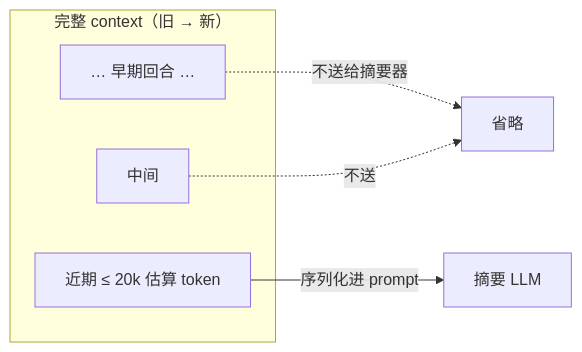
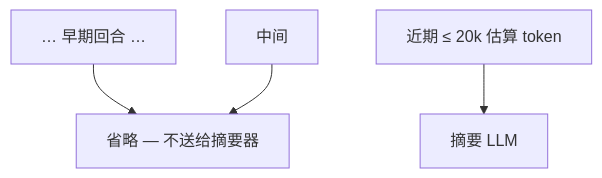
Before and after one commit to rust-infra/tact: the eighth of 15 diagrams in book/05_chapter_compact_zh.md, drawn with Mermaid. The commit also changed other lines of this file and 303 other files, not shown here.

````diff
--- a/book/05_chapter_compact_zh.md
+++ b/book/05_chapter_compact_zh.md
@@ -298,11 +266,6 @@
 ```mermaid
-flowchart LR
-    subgraph Context["完整 context（旧 → 新）"]
-        Old[… 早期回合 …]
-        Mid[中间]
-        New[近期 ≤ 20k 估算 token]
-    end
-    Old -.->|不送给摘要器| X[省略]
-    Mid -.->|不送| X
-    New -->|序列化进 prompt| SumLLM[摘要 LLM]
+graph TD
+    a_old[… 早期回合 …] --> d_omitted[省略 — 不送给摘要器]
+    b_mid[中间] --> d_omitted
+    c_new[近期 ≤ 20k 估算 token] --> e_sum[摘要 LLM]
 ```
````
